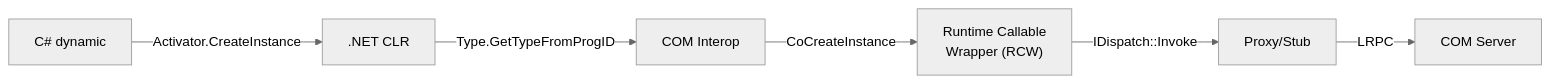
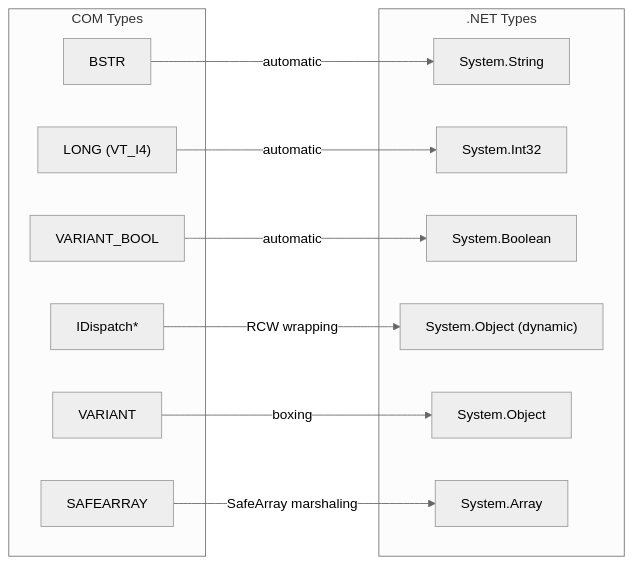
Before and after one commit to snodeplannen/sharedvar: diagram 17 of 20 in ATLProjectcomserverExe/ARCHITECTURE.md, drawn with Mermaid (neutral theme). The commit also changed other lines of this file and 90 other files, not shown here.

````diff
--- a/ATLProjectcomserverExe/ARCHITECTURE.md
+++ b/ATLProjectcomserverExe/ARCHITECTURE.md
@@ -797,8 +707,27 @@
 ```mermaid
 graph LR
-    CS["C# dynamic"] -->|"Activator.CreateInstance"| CLR[".NET CLR"]
-    CLR -->|"Type.GetTypeFromProgID"| COM["COM Interop"]
-    COM -->|"CoCreateInstance"| RCW["Runtime Callable<br/>Wrapper (RCW)"]
-    RCW -->|"IDispatch::Invoke"| PROXY["Proxy/Stub"]
-    PROXY -->|"LRPC"| SERVER["COM Server"]
+    subgraph COM_Types["COM Types"]
+        VT_BSTR["BSTR"]
+        VT_I4["LONG (VT_I4)"]
+        VT_BOOL["VARIANT_BOOL"]
+        VT_DISPATCH["IDispatch*"]
+        VT_VARIANT["VARIANT"]
+        VT_ARRAY["SAFEARRAY"]
+    end
+
+    subgraph NET_Types[".NET Types"]
+        STR["System.String"]
+        INT["System.Int32"]
+        BOOL["System.Boolean"]
+        OBJ["System.Object (dynamic)"]
+        OBJ2["System.Object"]
+        ARR["System.Array"]
+    end
+
+    VT_BSTR -->|"automatic"| STR
+    VT_I4 -->|"automatic"| INT
+    VT_BOOL -->|"automatic"| BOOL
+    VT_DISPATCH -->|"RCW wrapping"| OBJ
+    VT_VARIANT -->|"boxing"| OBJ2
+    VT_ARRAY -->|"SafeArray marshaling"| ARR
 ```
````
